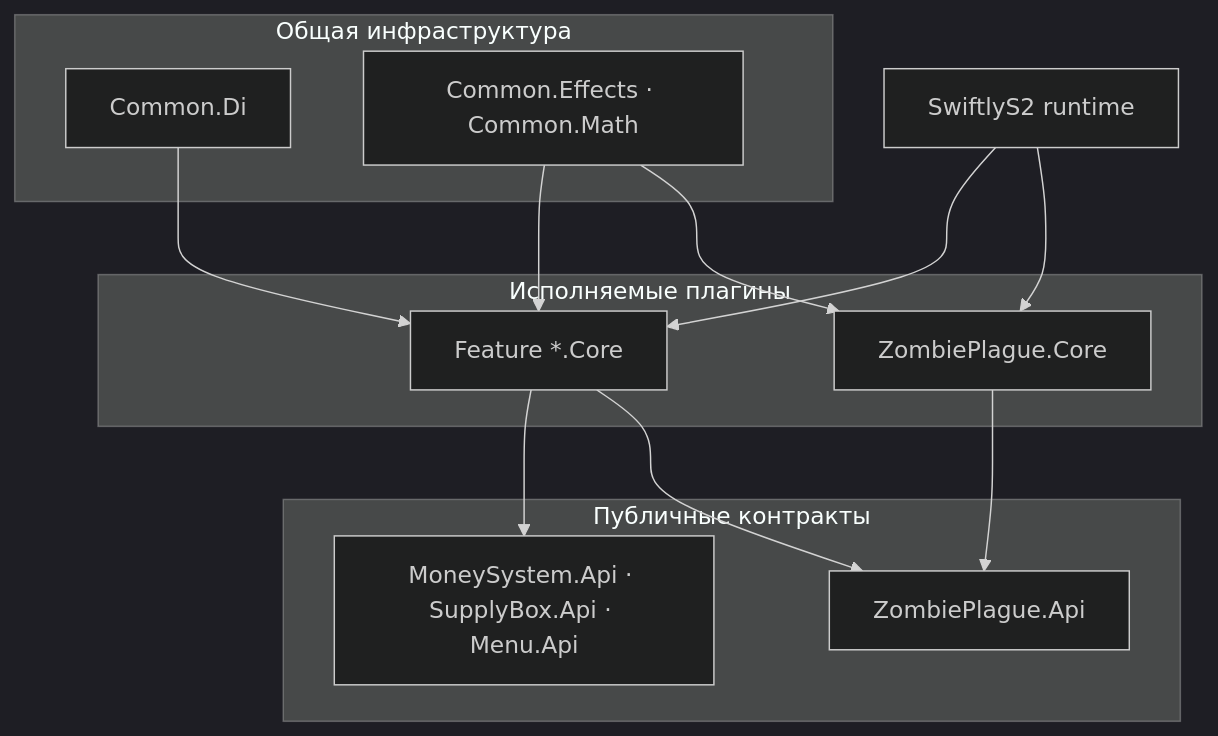
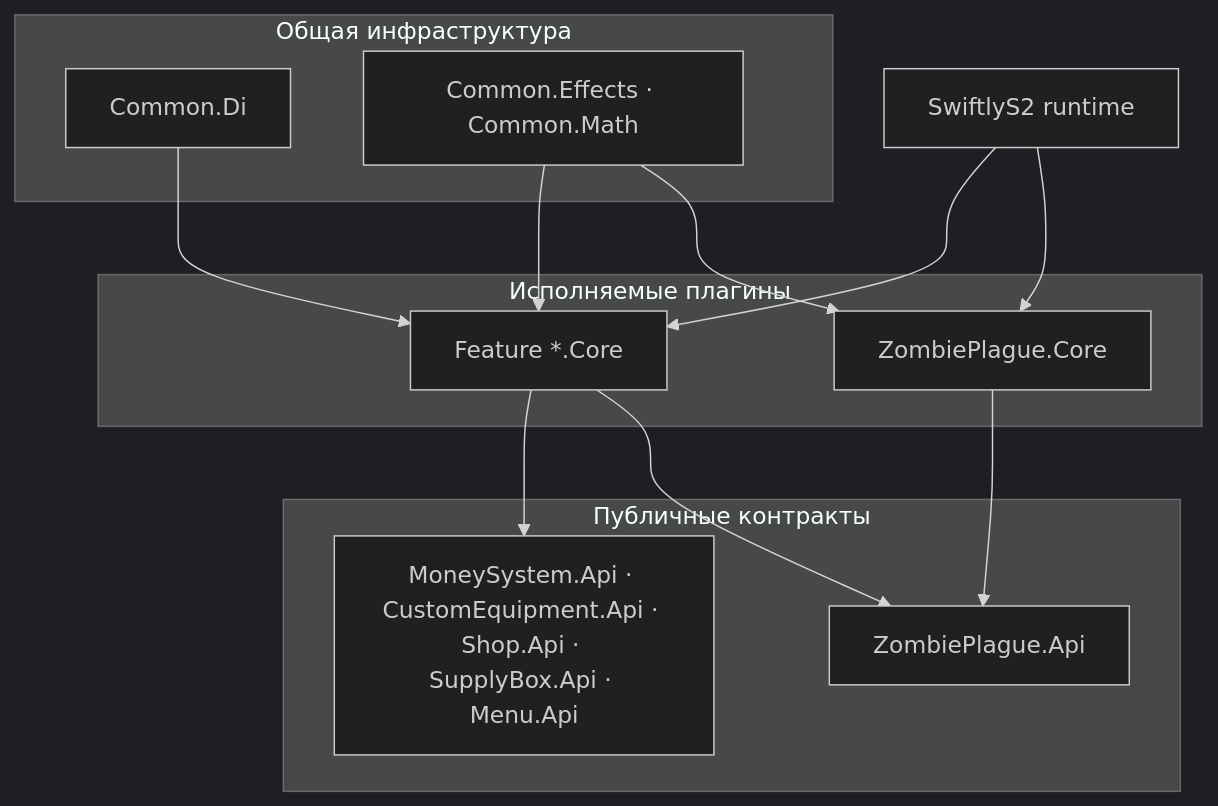
The first of 2 diagrams in README.md (elysium-corp/cs2-zombie-plague), drawn with Mermaid (dark theme) before and after one commit. The commit also changed other lines of this file and 57 other files, not shown here.

Commit message:
[FEATURE] Add equipment shop plugin

````diff
--- a/README.md
+++ b/README.md
@@ -59,28 +60,28 @@
 ```mermaid
 flowchart TB
     Runtime["SwiftlyS2 runtime"]
 
     subgraph Contracts["Публичные контракты"]
         ZpApi["ZombiePlague.Api"]
-        FeatureApi["MoneySystem.Api · SupplyBox.Api · Menu.Api"]
+        FeatureApi["MoneySystem.Api · CustomEquipment.Api · Shop.Api · SupplyBox.Api · Menu.Api"]
     end
 
     subgraph Plugins["Исполняемые плагины"]
         ZpCore["ZombiePlague.Core"]
         FeatureCore["Feature *.Core"]
     end
 
     subgraph Shared["Общая инфраструктура"]
         Di["Common.Di"]
         Common["Common.Effects · Common.Math"]
     end
 
     Runtime --> ZpCore
     Runtime --> FeatureCore
     Di --> FeatureCore
     Common --> ZpCore
     Common --> FeatureCore
     ZpCore --> ZpApi
     FeatureCore --> ZpApi
     FeatureCore --> FeatureApi
 ```
````
